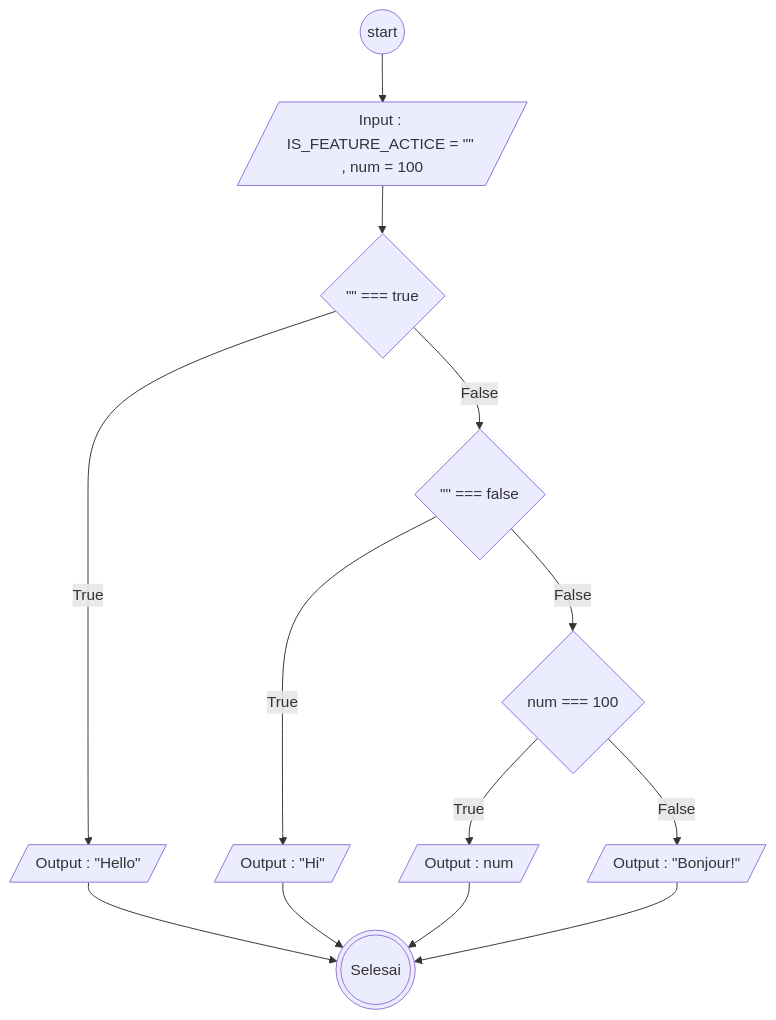
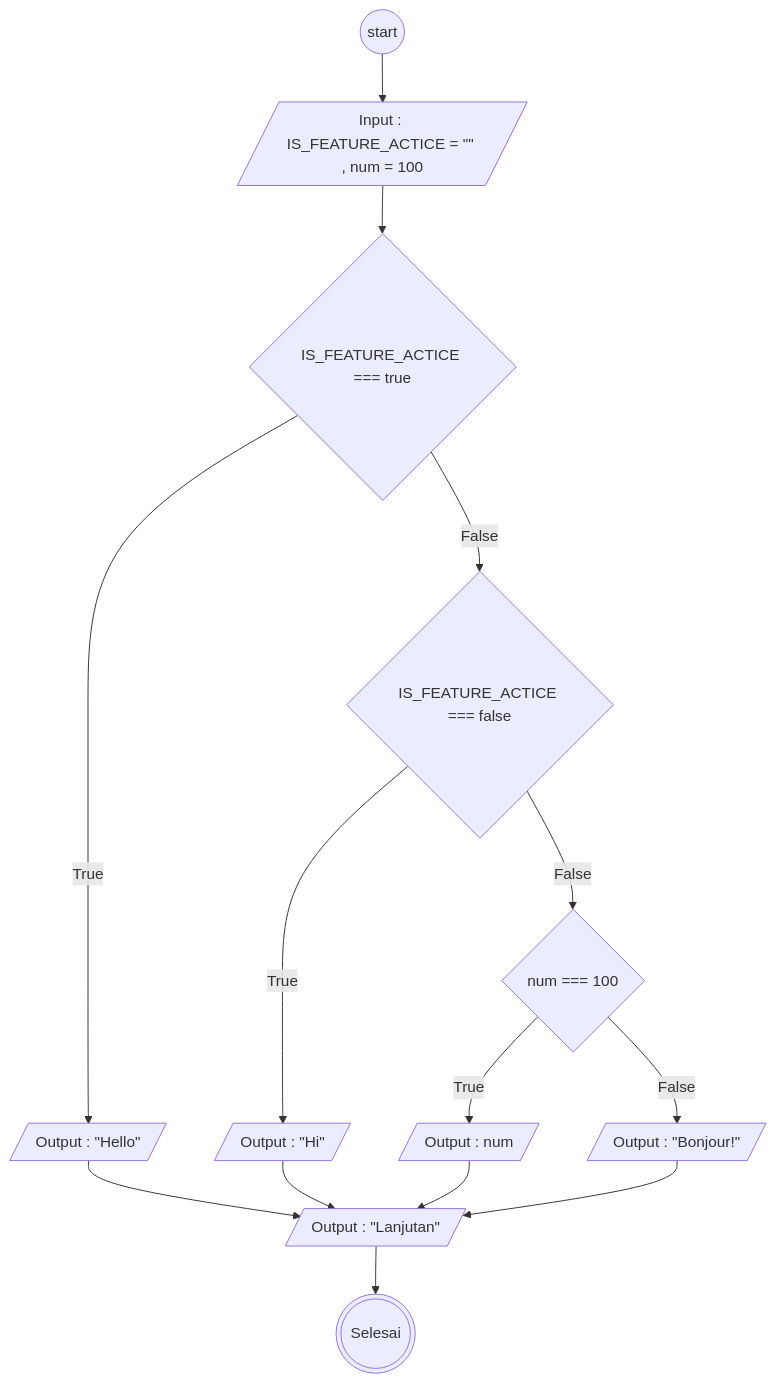
One commit to adityabastyas/koda-b6-javascript1 changed the diagram in flowchart-switch.md. Above: the diagram before and after it, drawn with Mermaid.

Commit message:
Update flowchart to include 'lanjutan' output

````diff
--- a/flowchart-switch.md
+++ b/flowchart-switch.md
@@ -5,27 +5,29 @@
 ```mermaid
 flowchart
   start@{shape: circle}
   input@{shape: lean-r, label: 'Input : IS_FEATURE_ACTICE = "" , num = 100'}
-  true@{shape: diamond, label: '"" === true'}
+  true@{shape: diamond, label: 'IS_FEATURE_ACTICE === true'}
   outputTrue@{shape: lean-r, label : 'Output : "Hello"'}
-  false@{shape: diamond, label: '"" === false'}
+  false@{shape: diamond, label: 'IS_FEATURE_ACTICE === false'}
   outputFalse@{shape: lean-r, label : 'Output : "Hi"'}
   default@{shape: diamond, label: 'num === 100'}
   defaultTrue@{shape: lean-r, label : 'Output : num'}
   defaultFalse@{shape: lean-r, label : 'Output : "Bonjour!"'}
+  lanjutan@{shape: lean-r, label : 'Output : "Lanjutan"'}
 
   selesai@{shape: dbl-circ, label: "Selesai"}
 
   start --> input
   input --> true
-  true --True --> outputTrue -->  selesai
+  true --True --> outputTrue -->  lanjutan
   true --False --> false
-  false --True-->  outputFalse  -->  selesai
+  false --True-->  outputFalse  -->  lanjutan
   false --False--> default
-  default --True--> defaultTrue -->  selesai
-  default --False--> defaultFalse -->  selesai
+  default --True--> defaultTrue -->  lanjutan
+  default --False--> defaultFalse -->  lanjutan
+  lanjutan --> selesai
 
 
 
 
 ```
````
